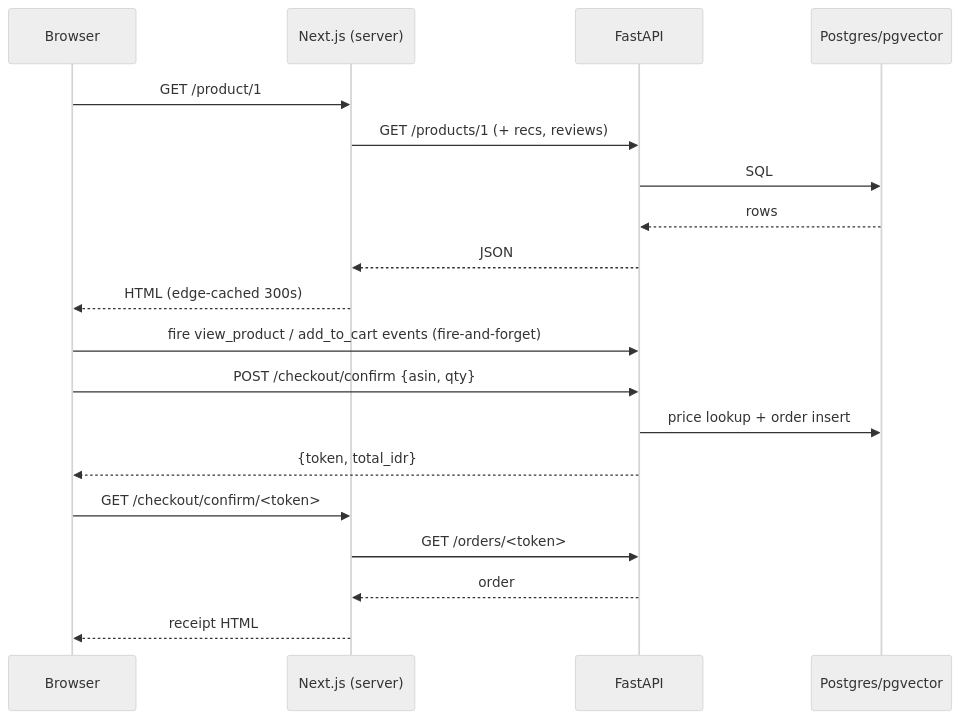
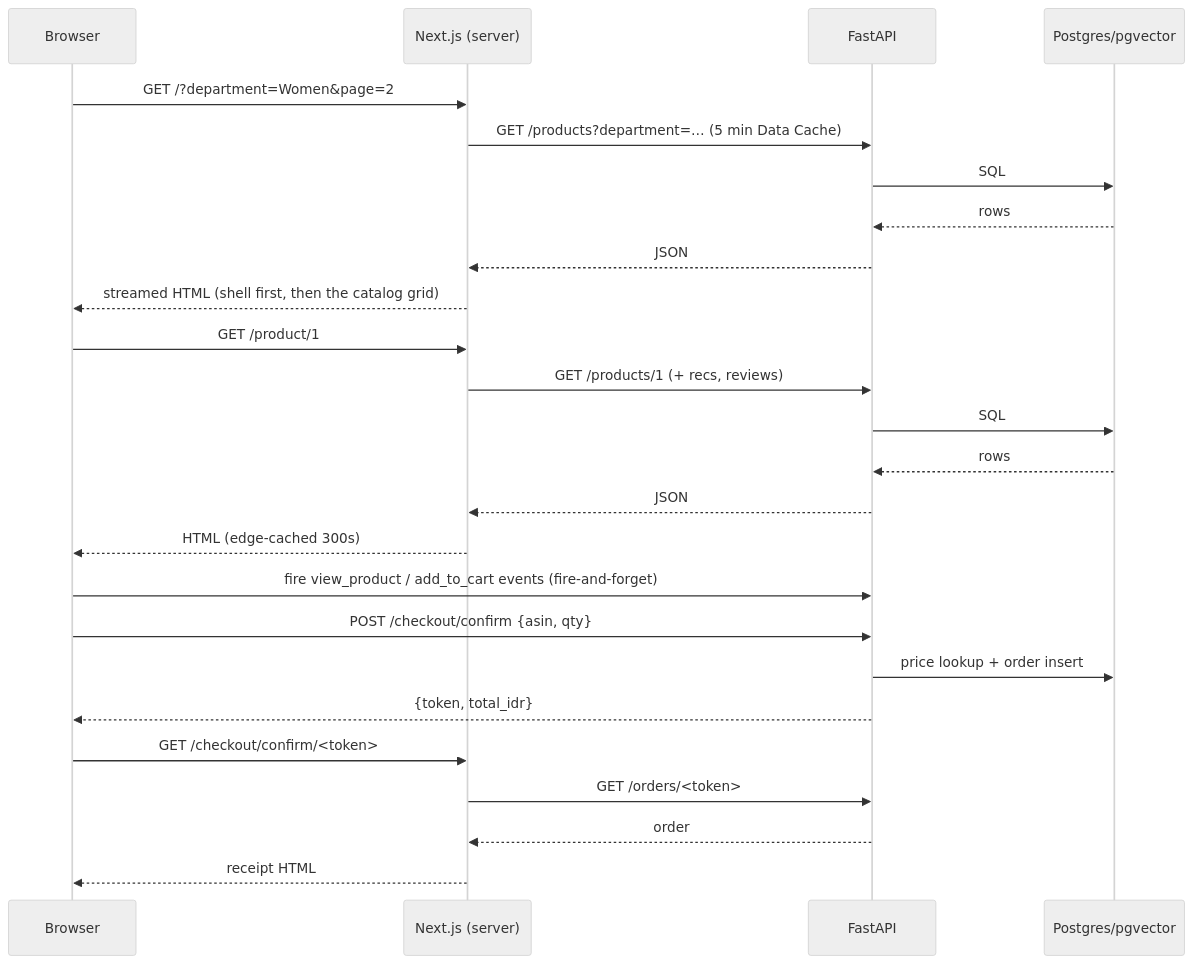
One commit to marknshoot/toko-marcell changed the second of 2 diagrams in shop/README.md. Above: the diagram before and after it, drawn with Mermaid (neutral theme). The commit also changed other lines of this file and 23 other files, not shown here.

````diff
--- a/shop/README.md
+++ b/shop/README.md
@@ -339,21 +361,27 @@
 ```mermaid
 sequenceDiagram
     participant B as Browser
     participant N as Next.js (server)
     participant A as FastAPI
     participant P as Postgres/pgvector
+    B->>N: GET /?department=Women&page=2
+    N->>A: GET /products?department=… (5 min Data Cache)
+    A->>P: SQL
+    P-->>A: rows
+    A-->>N: JSON
+    N-->>B: streamed HTML (shell first, then the catalog grid)
     B->>N: GET /product/1
     N->>A: GET /products/1 (+ recs, reviews)
     A->>P: SQL
     P-->>A: rows
     A-->>N: JSON
     N-->>B: HTML (edge-cached 300s)
     B->>A: fire view_product / add_to_cart events (fire-and-forget)
     B->>A: POST /checkout/confirm {asin, qty}
     A->>P: price lookup + order insert
     A-->>B: {token, total_idr}
     B->>N: GET /checkout/confirm/<token>
     N->>A: GET /orders/<token>
     A-->>N: order
     N-->>B: receipt HTML
 ```
````
